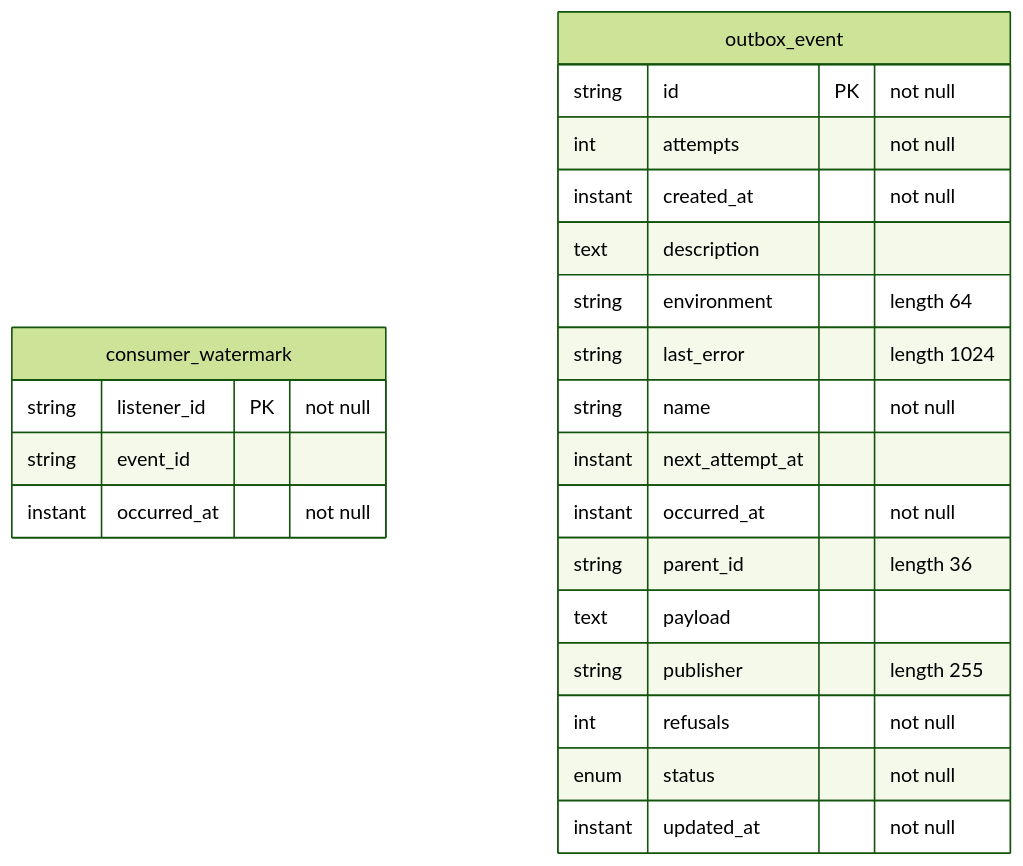
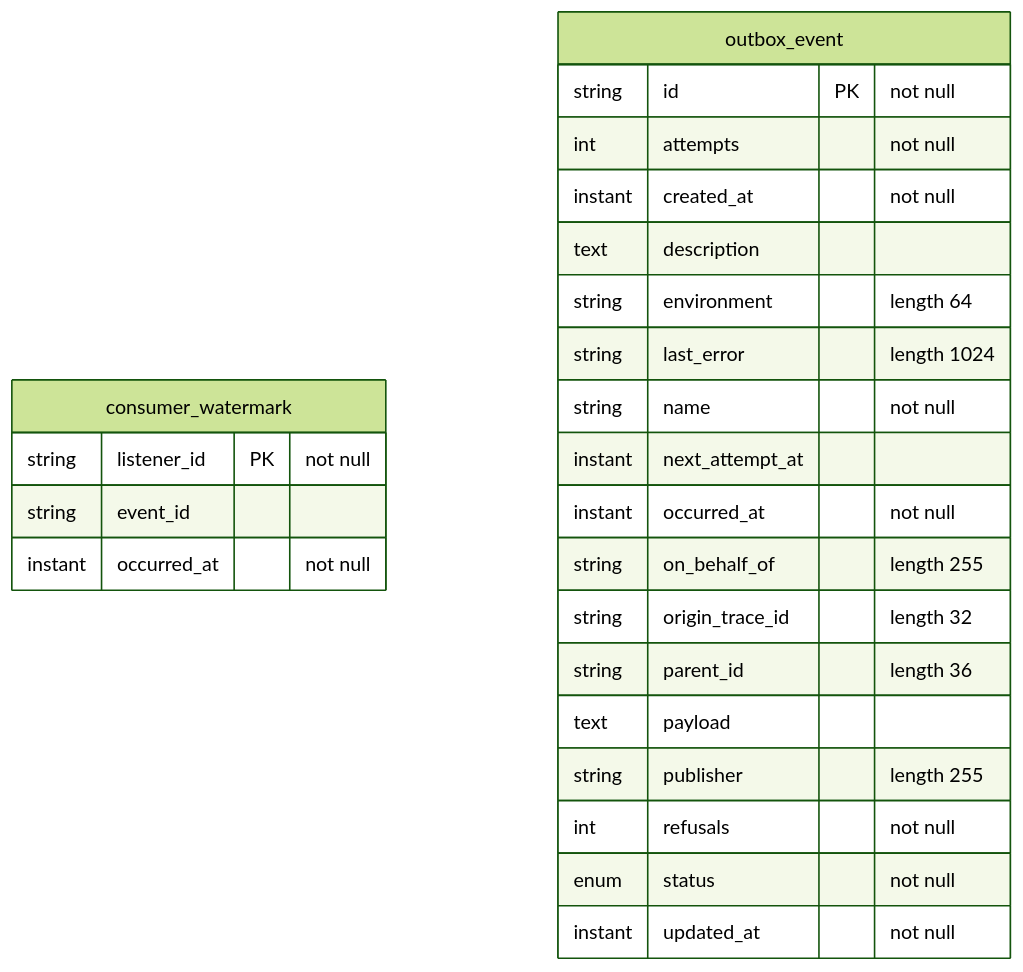
One commit to QuicklyIterateTheSoftware/qits-eventstream-javalib changed the diagram in docs/database/eventstream.md. Above: the diagram before and after it, drawn with Mermaid (forest theme). The commit also changed 15 other files, not shown here.

````diff
--- a/docs/database/eventstream.md
+++ b/docs/database/eventstream.md
@@ -6,27 +6,29 @@
 ```mermaid
 erDiagram
   %% consumer_watermark: eu.wohlben.qits.eventstream.entity.ConsumerWatermark (qits-eventstream)
   consumer_watermark {
     string listener_id PK "not null"
     string event_id
     instant occurred_at "not null"
   }
   %% outbox_event: eu.wohlben.qits.eventstream.entity.OutboxEvent (qits-eventstream)
   outbox_event {
     string id PK "not null"
     int attempts "not null"
     instant created_at "not null"
     text description
     string environment "length 64"
     string last_error "length 1024"
     string name "not null"
     instant next_attempt_at
     instant occurred_at "not null"
+    string on_behalf_of "length 255"
+    string origin_trace_id "length 32"
     string parent_id "length 36"
     text payload
     string publisher "length 255"
     int refusals "not null"
     enum status "not null"
     instant updated_at "not null"
   }
 ```
````
